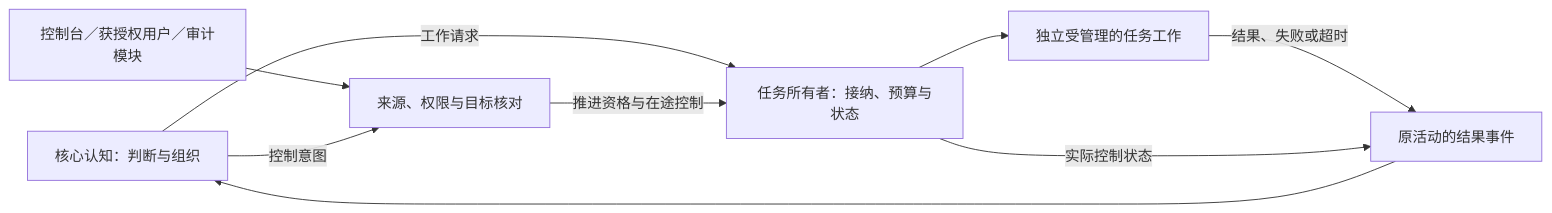
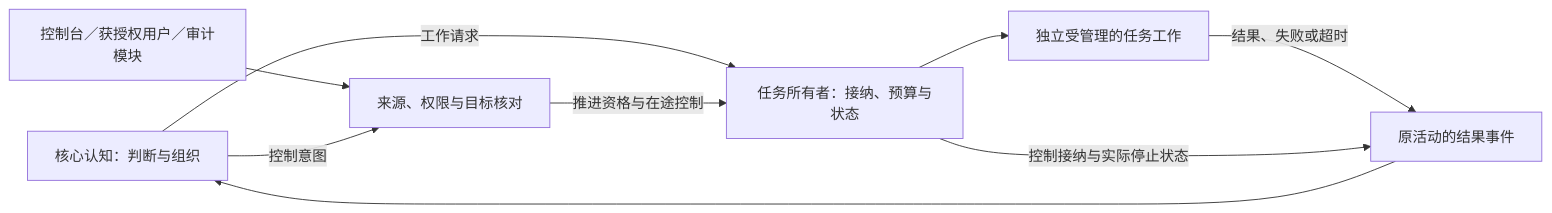
One commit to d7z-project/TinyAGI changed the tenth of 13 diagrams in DESIGN.md. Above: the diagram before and after it, drawn with Mermaid. The commit also changed other lines of this file and 8 other files, not shown here.

````diff
--- a/DESIGN.md
+++ b/DESIGN.md
@@ -629,11 +631,11 @@
 ```mermaid
 flowchart LR
     Mind["核心认知：判断与组织"] -->|"工作请求"| Owner["任务所有者：接纳、预算与状态"]
     Owner --> Worker["独立受管理的任务工作"]
     Worker -->|"结果、失败或超时"| Event["原活动的结果事件"]
     Event --> Mind
     External["控制台／获授权用户／审计模块"] --> Control["来源、权限与目标核对"]
     Mind -->|"控制意图"| Control
     Control -->|"推进资格与在途控制"| Owner
-    Owner -->|"实际控制状态"| Event
+    Owner -->|"控制接纳与实际停止状态"| Event
 ```
````
